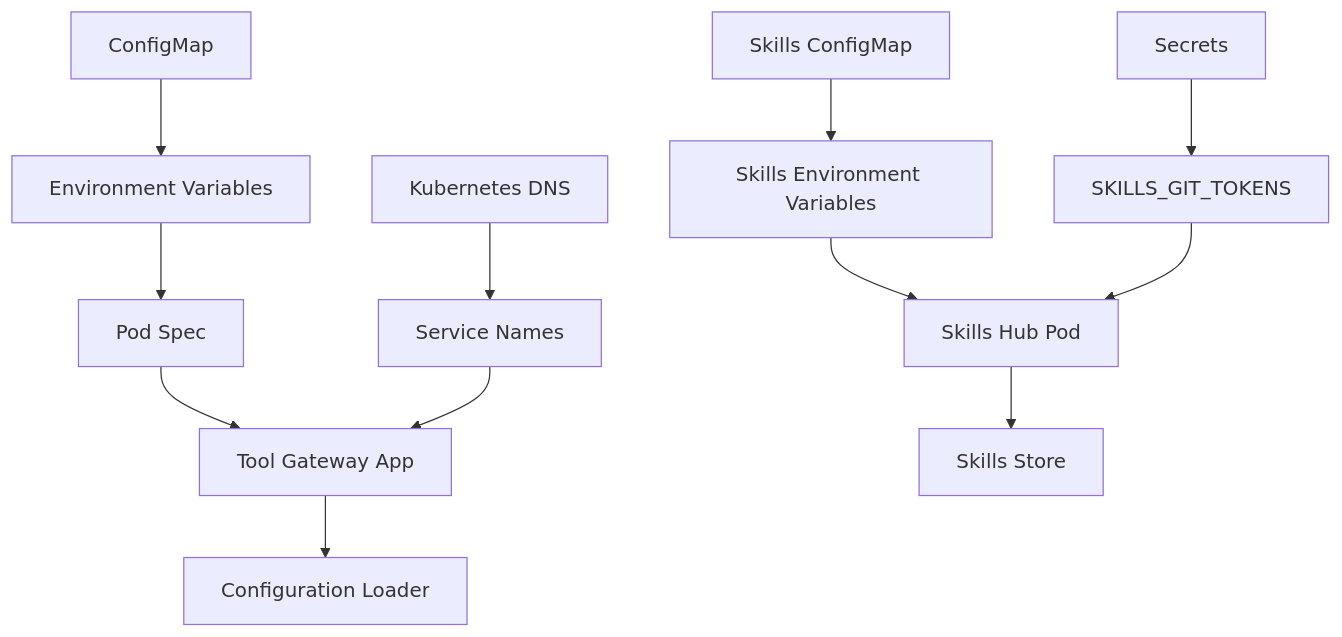
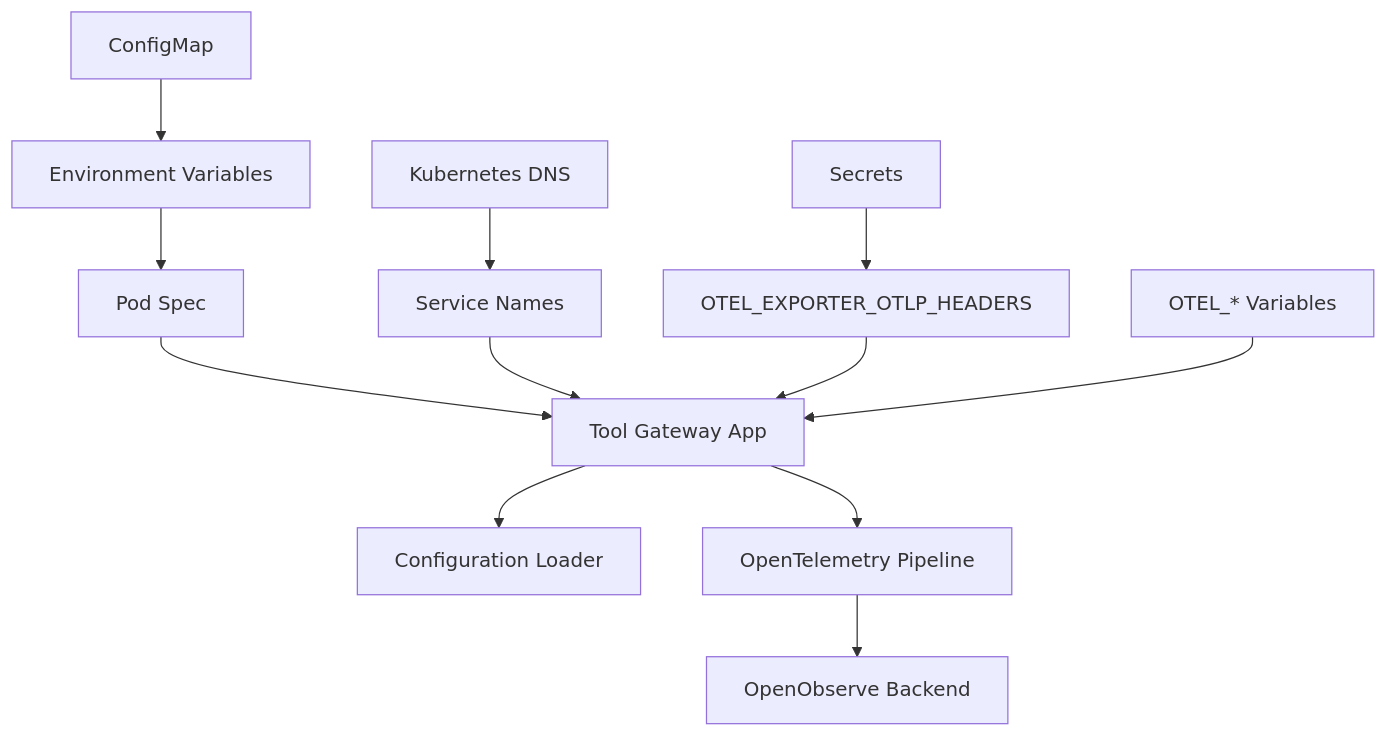
Before and after one commit to metasync/luban-aiops: the ninth of 10 diagrams in .qoder/repowiki/en/content/Tool Gateway Service/Configuration and Environment Setup.md, drawn with Mermaid. The commit also changed other lines of this file and 71 other files, not shown here.

Commit message:
docs: refresh repowiki knowledge cache after OpenObserve telemetry enablement

````diff
--- a/.qoder/repowiki/en/content/Tool Gateway Service/Configuration and Environment Setup.md
+++ b/.qoder/repowiki/en/content/Tool Gateway Service/Configuration and Environment Setup.md
@@ -447,14 +356,14 @@
 ```mermaid
 graph TB
 CM["ConfigMap"] --> ENV["Environment Variables"]
 ENV --> POD["Pod Spec"]
 POD --> APP["Tool Gateway App"]
 APP --> CFG["Configuration Loader"]
 DNS["Kubernetes DNS"] --> SVC["Service Names"]
 SVC --> APP
-SkillsCM["Skills ConfigMap"] --> SkillsENV["Skills Environment Variables"]
-SkillsENV --> SkillsPod["Skills Hub Pod"]
-SkillsPod --> SkillsStore["Skills Store"]
-Secrets["Secrets"] --> GitTokens["SKILLS_GIT_TOKENS"]
-GitTokens --> SkillsPod
+Secrets["Secrets"] --> AuthHeaders["OTEL_EXPORTER_OTLP_HEADERS"]
+AuthHeaders --> APP
+OTelEnv["OTEL_* Variables"] --> APP
+APP --> OTel["OpenTelemetry Pipeline"]
+OTel --> Backend["OpenObserve Backend"]
 ```
````
